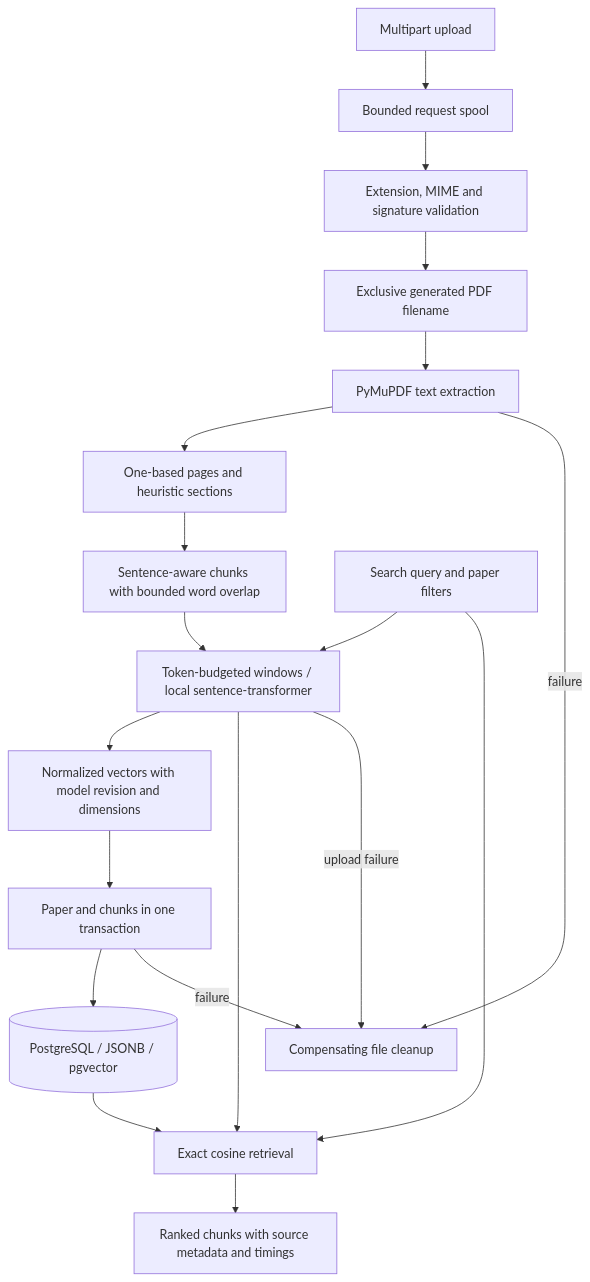
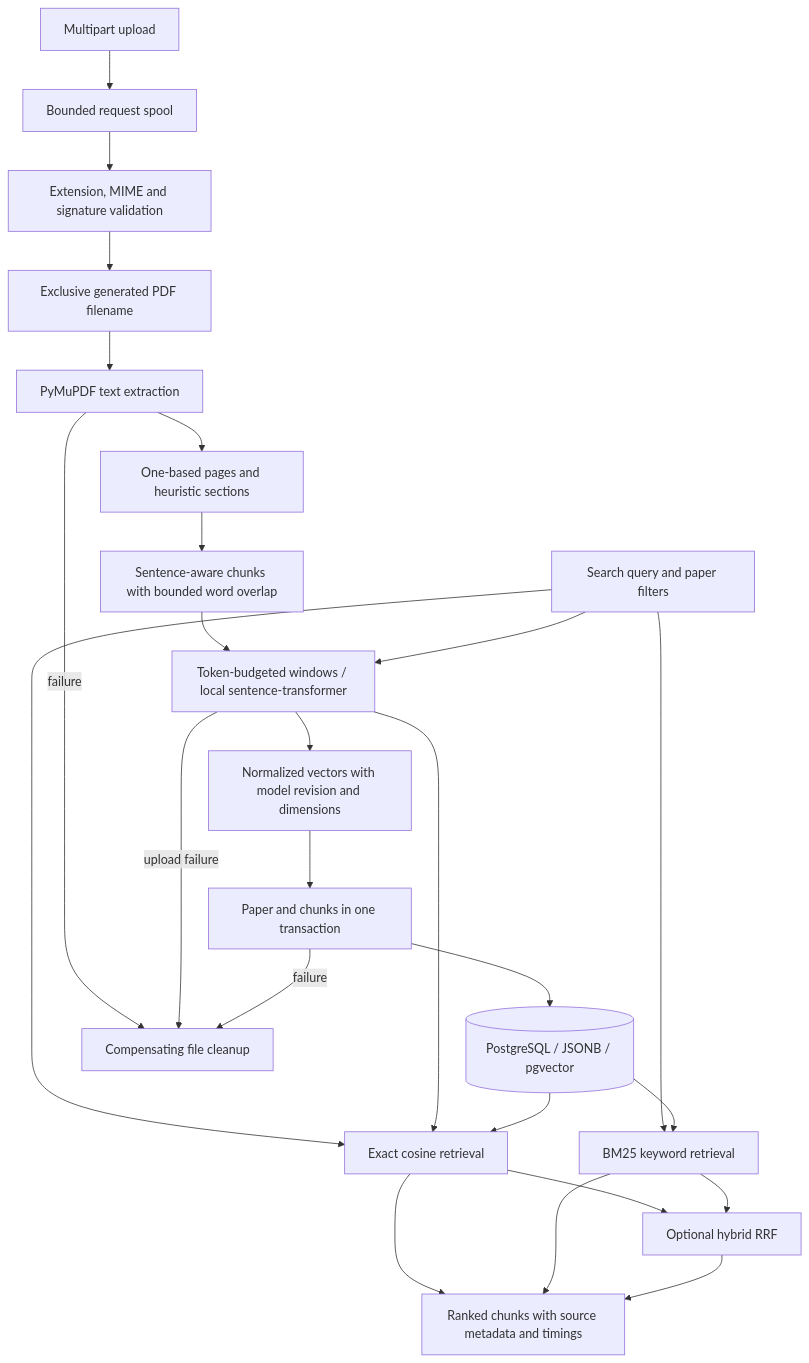
The diagram in docs/architecture.md (Sunilcharan711/scholargraph), drawn with Mermaid before and after one commit. The commit also changed other lines of this file and 53 other files, not shown here.

Commit message:
Add hybrid retrieval and local research demo with cited answers

````diff
--- a/docs/architecture.md
+++ b/docs/architecture.md
@@ -3,21 +3,27 @@
 ```mermaid
 flowchart TD
     Request[Multipart upload] --> Body[Bounded request spool]
     Body --> Validate[Extension, MIME and signature validation]
     Validate --> Storage[Exclusive generated PDF filename]
     Storage --> Parse[PyMuPDF text extraction]
     Parse --> Sections[One-based pages and heuristic sections]
     Sections --> Chunks[Sentence-aware chunks with bounded word overlap]
     Chunks --> Adapter[Token-budgeted windows / local sentence-transformer]
     Adapter --> Vectors[Normalized vectors with model revision and dimensions]
     Vectors --> Transaction[Paper and chunks in one transaction]
     Transaction --> Postgres[(PostgreSQL / JSONB / pgvector)]
     Query[Search query and paper filters] --> Adapter
     Query --> Search[Exact cosine retrieval]
     Adapter --> Search
     Postgres --> Search
     Search --> Evidence[Ranked chunks with source metadata and timings]
+    Query --> Lexical[BM25 keyword retrieval]
+    Postgres --> Lexical
+    Lexical --> Evidence
+    Search --> Fusion[Optional hybrid RRF]
+    Lexical --> Fusion
+    Fusion --> Evidence
     Parse -->|failure| Cleanup[Compensating file cleanup]
     Adapter -->|upload failure| Cleanup
     Transaction -->|failure| Cleanup
 ```
````
